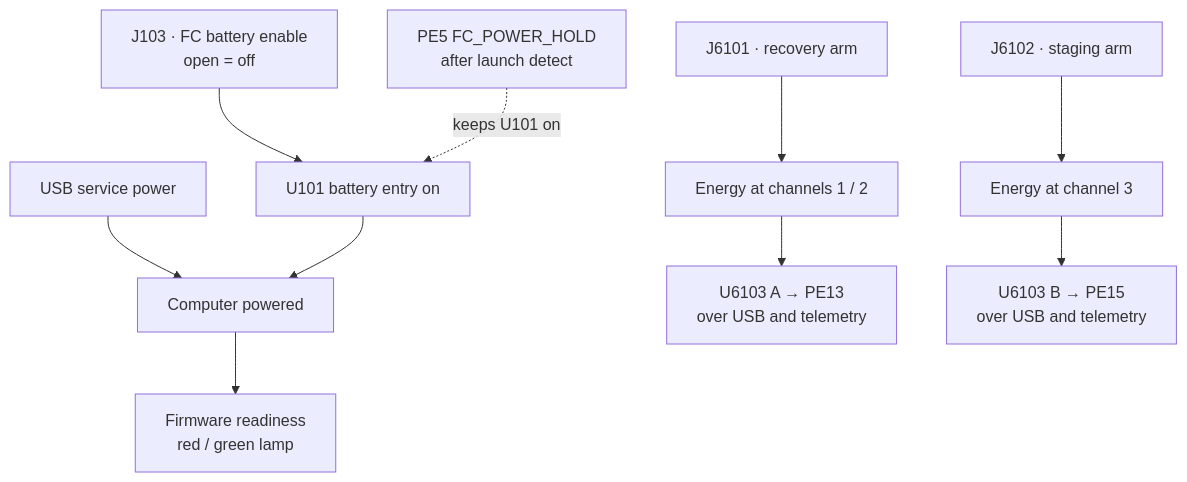
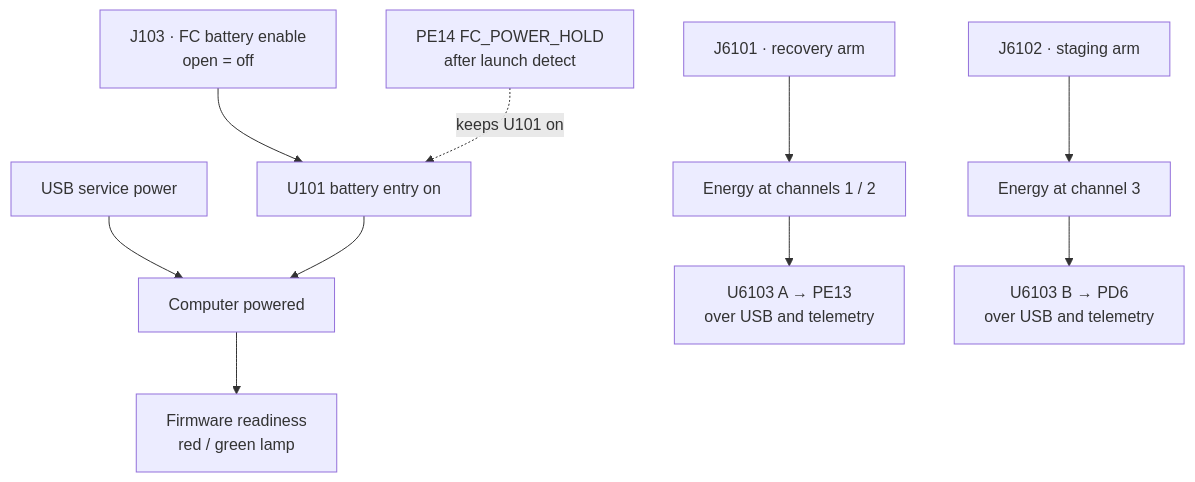
One commit to ULAS-HiPR/Ogma2 changed the diagram in docs/architecture/09-connectors-arming.md. Above: the diagram before and after it, drawn with Mermaid. The commit also changed other lines of this file and 44 other files, not shown here.

````diff
--- a/docs/architecture/09-connectors-arming.md
+++ b/docs/architecture/09-connectors-arming.md
@@ -8,17 +8,17 @@
 ```mermaid
 flowchart TB
   A["J103 · FC battery enable
 open = off"] --> B["U101 battery entry on"]
   U["USB service power"] --> C["Computer powered"]
   B --> C
-  HOLD["PE5 FC_POWER_HOLD
+  HOLD["PE14 FC_POWER_HOLD
 after launch detect"] -.->|"keeps U101 on"| B
   C --> D["Firmware readiness
 red / green lamp"]
   E["J6101 · recovery arm"] --> F["Energy at channels 1 / 2"]
   F --> S["U6103 A → PE13
 over USB and telemetry"]
   E3["J6102 · staging arm"] --> F3["Energy at channel 3"]
-  F3 --> S3["U6103 B → PE15
+  F3 --> S3["U6103 B → PD6
 over USB and telemetry"]
 ```
````
